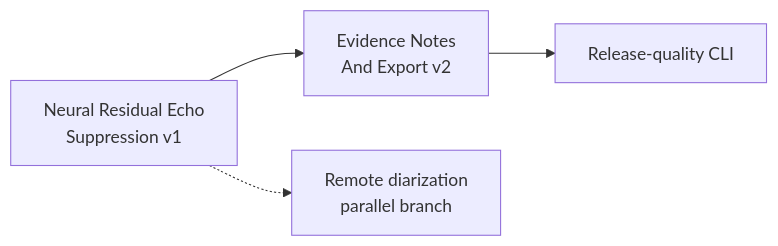
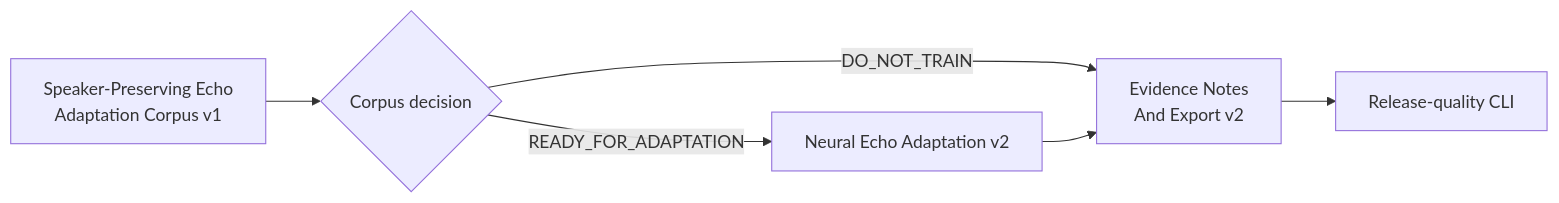
Before and after one commit to asukhodko/murmurmark: the diagram in docs/project/current-goal.md, drawn with Mermaid. The commit also changed other lines of this file and 17 other files, not shown here.

Commit message:
feat: evaluate neural residual echo suppression

````diff
--- a/docs/project/current-goal.md
+++ b/docs/project/current-goal.md
@@ -100,10 +97,13 @@
 ```mermaid
 flowchart LR
-    A["Neural Residual Echo<br/>Suppression v1"]
-    B["Evidence Notes<br/>And Export v2"]
-    C["Release-quality CLI"]
-    D["Remote diarization<br/>parallel branch"]
+    A["Speaker-Preserving Echo<br/>Adaptation Corpus v1"]
+    B{"Corpus decision"}
+    C["Neural Echo Adaptation v2"]
+    D["Evidence Notes<br/>And Export v2"]
+    E["Release-quality CLI"]
 
-    A --> B --> C
-    A -.-> D
+    A --> B
+    B -->|"READY_FOR_ADAPTATION"| C
+    B -->|"DO_NOT_TRAIN"| D
+    C --> D --> E
 ```
````
